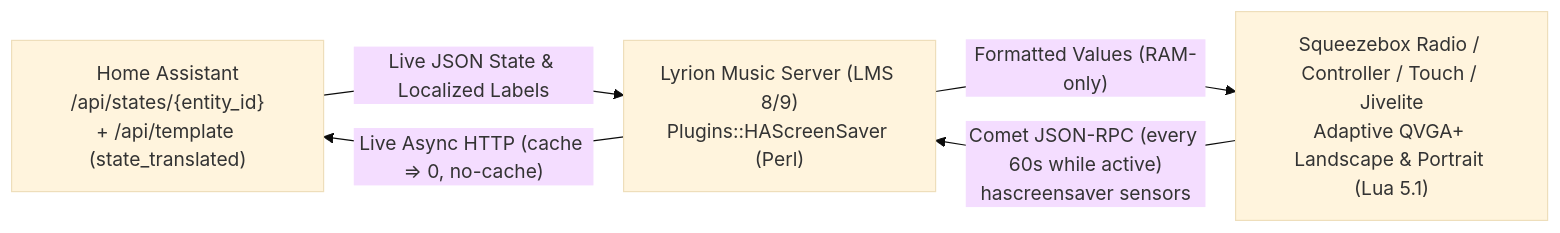
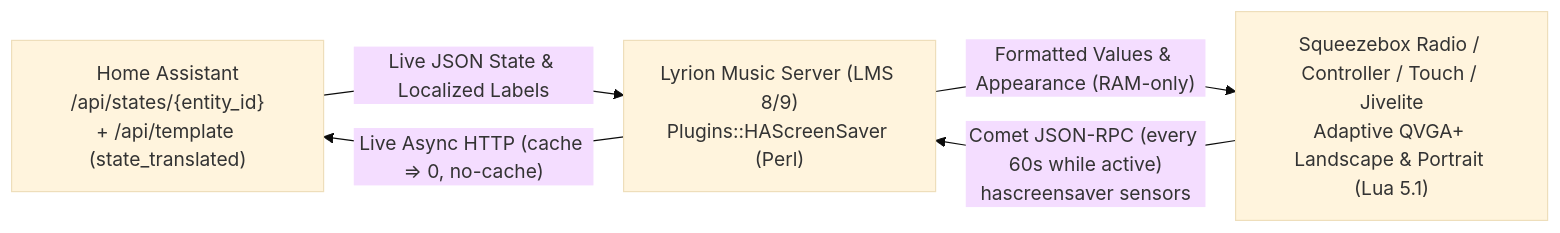
Before and after one commit to Nornode/lms-ha-screensaver: the diagram in README.md, drawn with Mermaid (base theme). The commit also changed other lines of this file and 50 other files, not shown here.

````diff
--- a/README.md
+++ b/README.md
@@ -53,11 +43,11 @@
 ```mermaid
 flowchart LR
     HA["Home Assistant<br/>/api/states/{entity_id}<br/>+ /api/template (state_translated)"]
     LMS["Lyrion Music Server (LMS 8/9)<br/>Plugins::HAScreenSaver (Perl)"]
     Radio["Squeezebox Radio / Controller / Touch / Jivelite<br/>Adaptive QVGA+ Landscape &amp; Portrait (Lua 5.1)"]
 
     Radio -- "Comet JSON-RPC (every 60s while active)<br/>hascreensaver sensors" --> LMS
     LMS -- "Live Async HTTP (cache => 0, no-cache)" --> HA
-    HA -- "Live JSON State & Localized Labels" --> LMS
-    LMS -- "Formatted Values (RAM-only)" --> Radio
+    HA -- "Live JSON State &amp; Localized Labels" --> LMS
+    LMS -- "Formatted Values &amp; Appearance (RAM-only)" --> Radio
 ```
````
